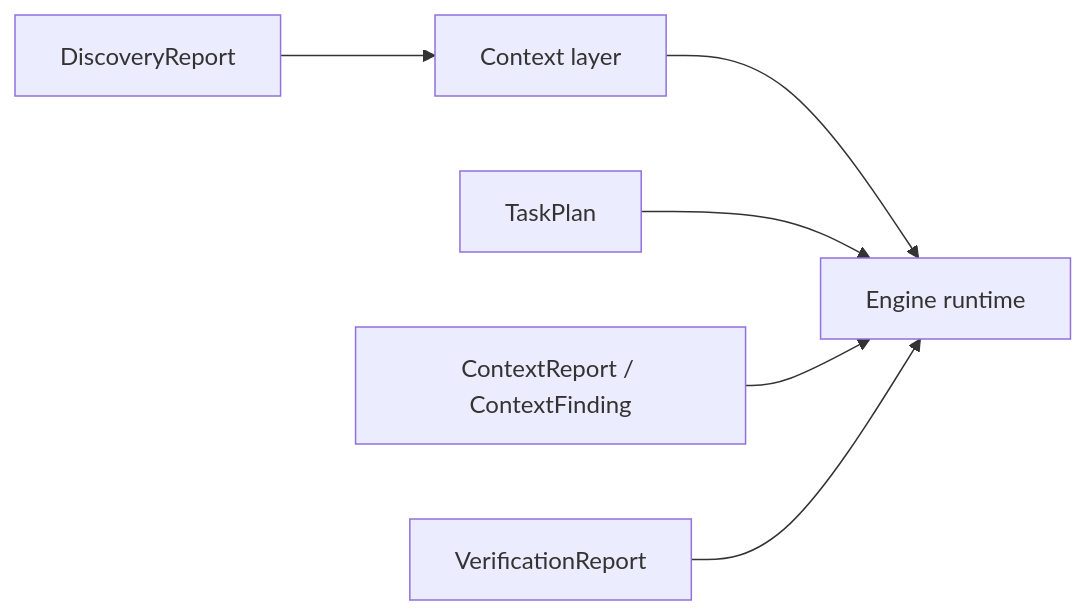
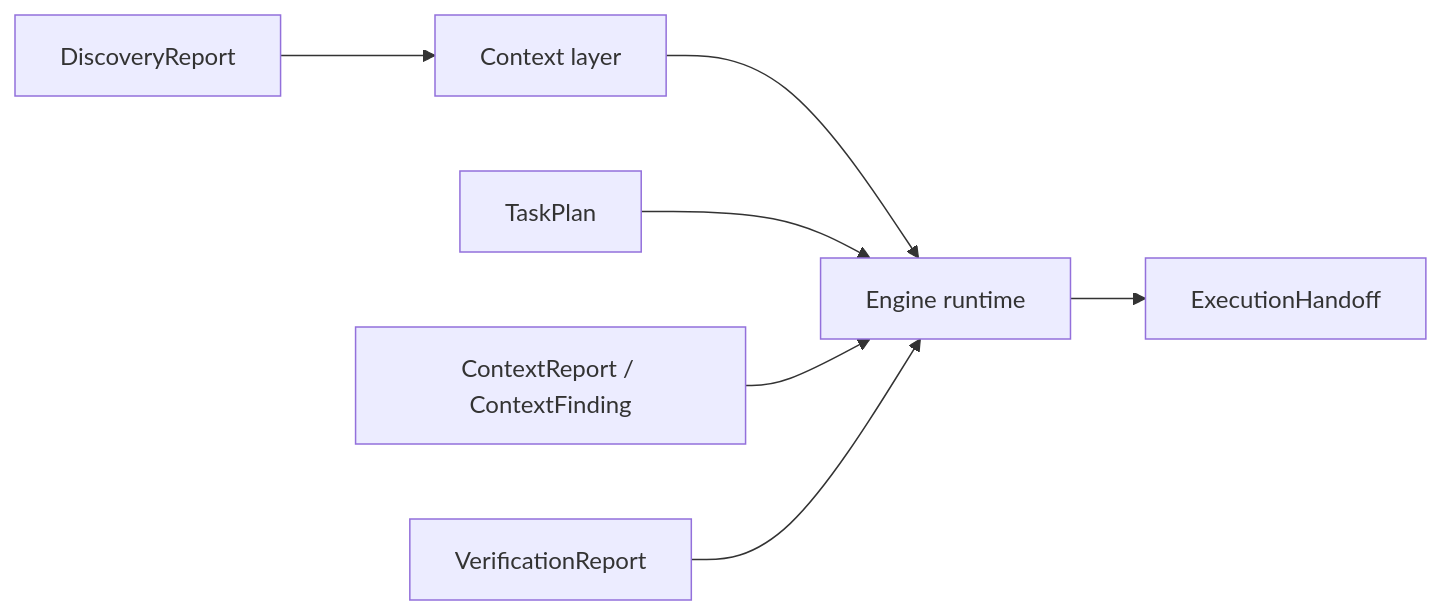
The diagram in shipyard/src/artifacts/README.md (thisisyoussef/shipyard), drawn with Mermaid before and after one commit. The commit also changed other lines of this file and 24 other files, not shown here.

````diff
--- a/shipyard/src/artifacts/README.md
+++ b/shipyard/src/artifacts/README.md
@@ -19,15 +21,17 @@
 ```mermaid
 flowchart LR
   Discovery["DiscoveryReport"]
   Context["Context layer"]
   Plan["TaskPlan"]
   Engine["Engine runtime"]
   Verify["VerificationReport"]
+  Handoff["ExecutionHandoff"]
   Findings["ContextReport / ContextFinding"]
 
   Discovery --> Context
   Context --> Engine
   Plan --> Engine
   Findings --> Engine
   Verify --> Engine
+  Engine --> Handoff
 ```
````
